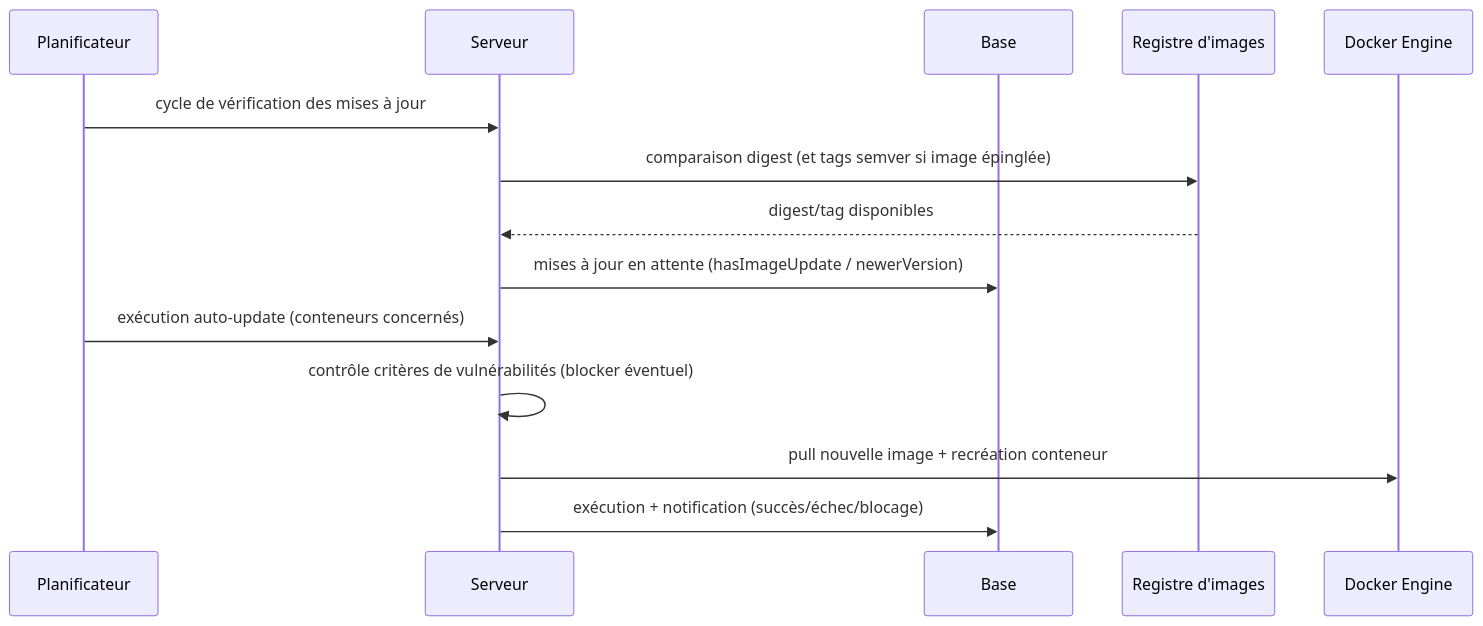
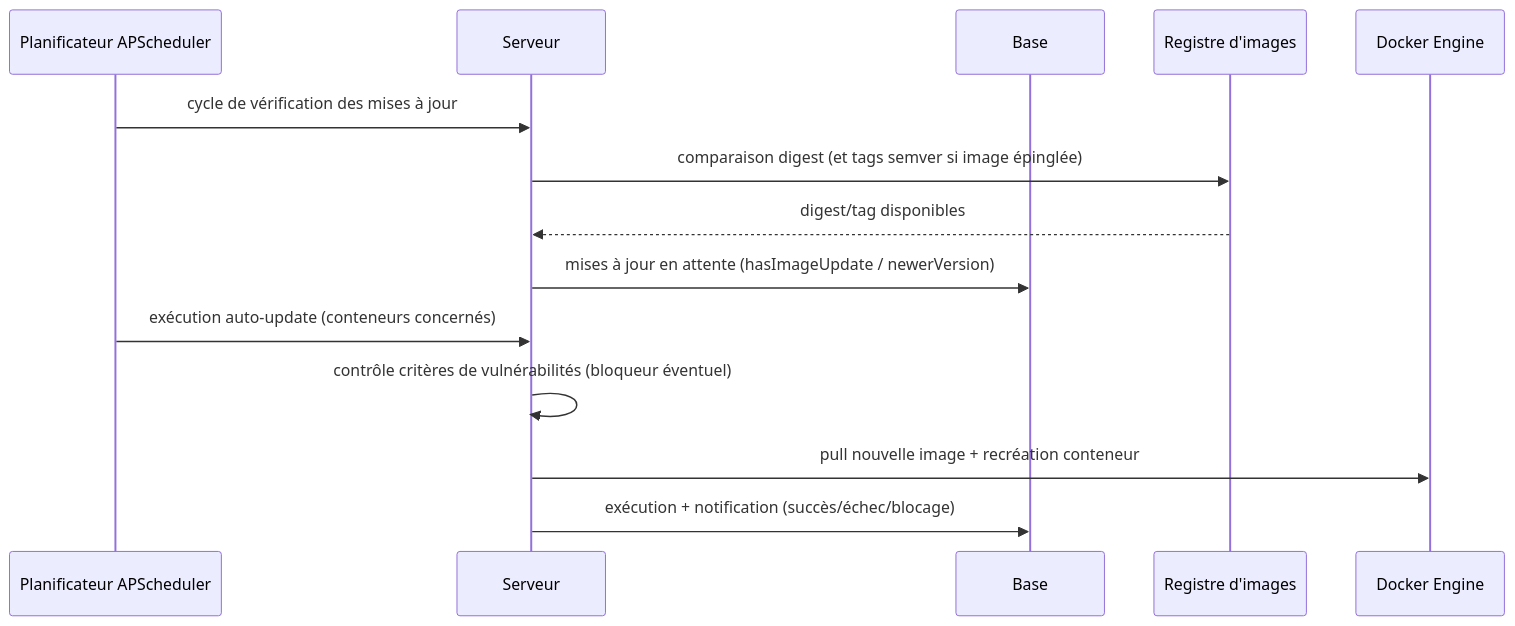
One commit to stefapi/windflow changed the sixth of 8 diagrams in docs/spec_dockhand_reference/02-architecture-fonctionnelle.md. Above: the diagram before and after it, drawn with Mermaid. The commit also changed other lines of this file and 15 other files, not shown here.

````diff
--- a/docs/spec_dockhand_reference/02-architecture-fonctionnelle.md
+++ b/docs/spec_dockhand_reference/02-architecture-fonctionnelle.md
@@ -306,17 +295,17 @@
 ```mermaid
 sequenceDiagram
-    participant SC as Planificateur
+    participant SC as Planificateur APScheduler
     participant S as Serveur
     participant B as Base
     participant RG as Registre d'images
     participant D as Docker Engine
 
     SC->>S: cycle de vérification des mises à jour
     S->>RG: comparaison digest (et tags semver si image épinglée)
     RG-->>S: digest/tag disponibles
     S->>B: mises à jour en attente (hasImageUpdate / newerVersion)
     SC->>S: exécution auto-update (conteneurs concernés)
-    S->>S: contrôle critères de vulnérabilités (blocker éventuel)
+    S->>S: contrôle critères de vulnérabilités (bloqueur éventuel)
     S->>D: pull nouvelle image + recréation conteneur
     S->>B: exécution + notification (succès/échec/blocage)
 ```
````
